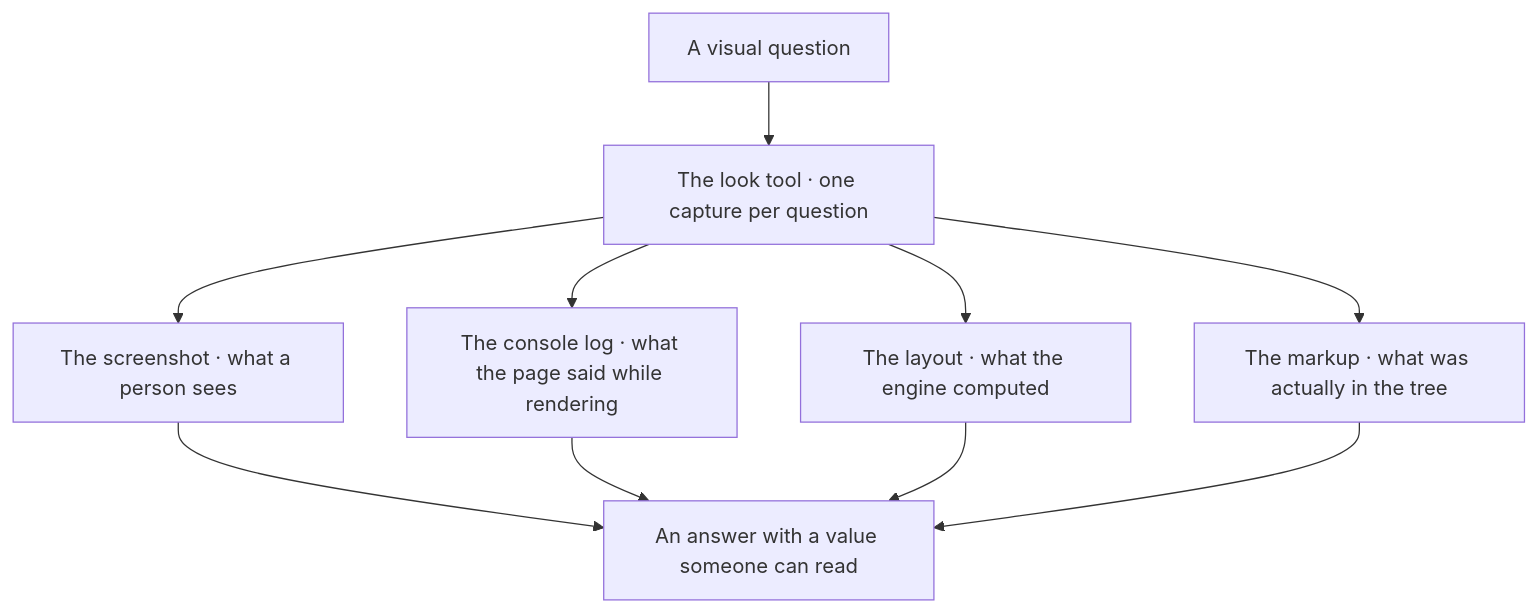
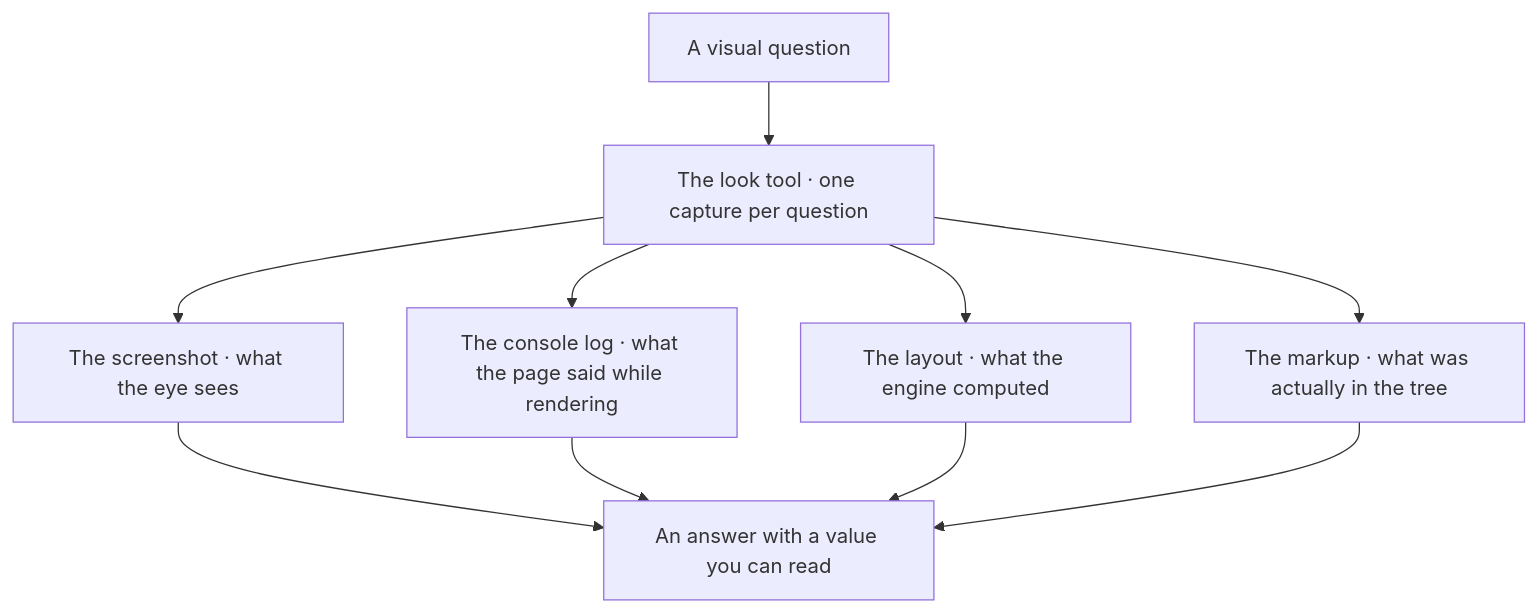
One commit to Varietyz/Disciplined-AI-Software-Development changed the eighth of 16 diagrams in BUILD.md. Above: the diagram before and after it, drawn with Mermaid. The commit also changed other lines of this file and 25 other files, not shown here.

````diff
--- a/BUILD.md
+++ b/BUILD.md
@@ -329,19 +315,19 @@
 ```mermaid
 flowchart TB
 question["A visual question"]
 tool["The look tool · one capture per question"]
-shot["The screenshot · what a person sees"]
+shot["The screenshot · what the eye sees"]
 console["The console log · what the page said while rendering"]
 layout["The layout · what the engine computed"]
 dom["The markup · what was actually in the tree"]
-answer["An answer with a value someone can read"]
+answer["An answer with a value you can read"]
 question --> tool
 tool --> shot
 tool --> console
 tool --> layout
 tool --> dom
 shot --> answer
 console --> answer
 layout --> answer
 dom --> answer
 ```
````
